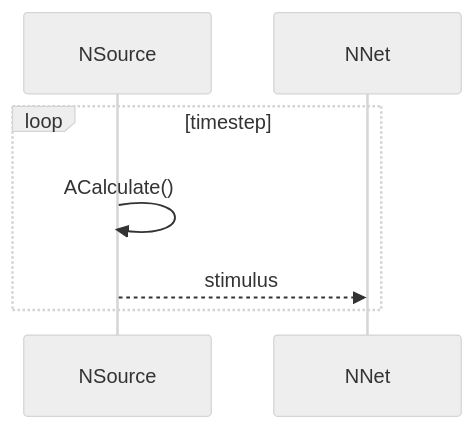
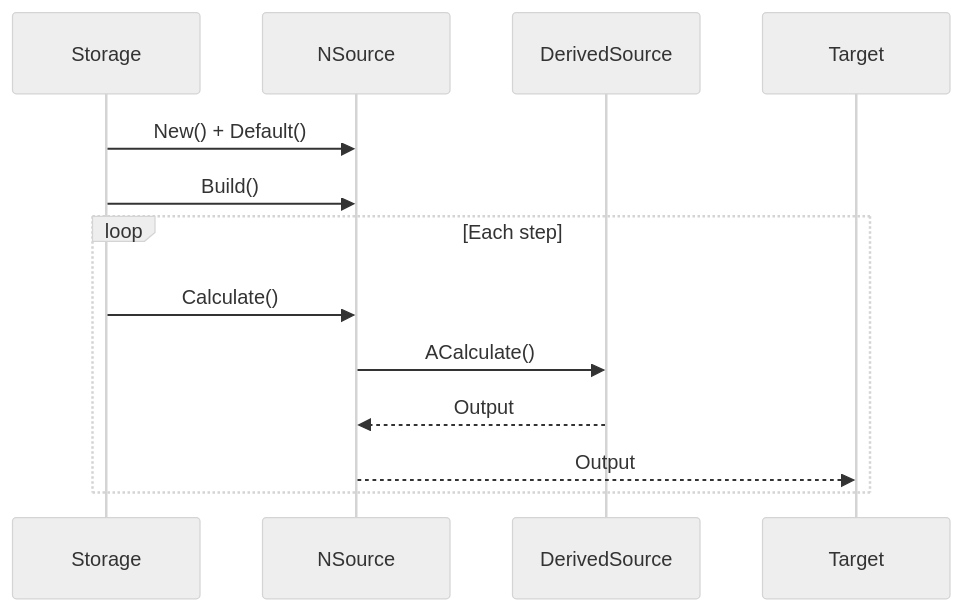
One commit to aicommunity/Nmsdk-PulseLib changed the seventh of 10 diagrams in Docs/Components/NSource.md. Above: the diagram before and after it, drawn with Mermaid (neutral theme). The commit also changed other lines of this file and 196 other files, not shown here.

````diff
--- a/Docs/Components/NSource.md
+++ b/Docs/Components/NSource.md
@@ -24,9 +286,16 @@
 ```mermaid
 sequenceDiagram
-    participant Src as NSource
-    participant Net as NNet
-    loop timestep
-        Src->>Src: ACalculate()
-        Src-->>Net: stimulus
+    participant Storage
+    participant Source as NSource
+    participant DerivedSource
+    participant Target
+    
+    Storage->>Source: New() + Default()
+    Storage->>Source: Build()
+    loop Each step
+        Storage->>Source: Calculate()
+        Source->>DerivedSource: ACalculate()
+        DerivedSource-->>Source: Output
+        Source-->>Target: Output
     end
 ```
````
